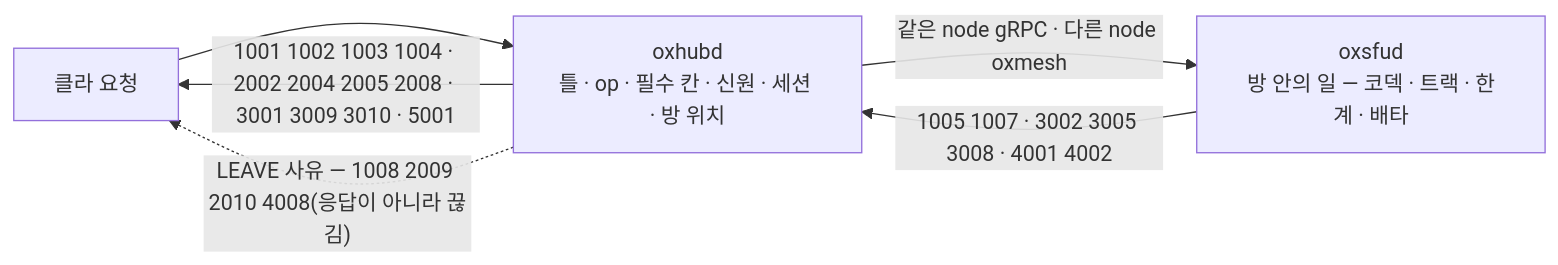
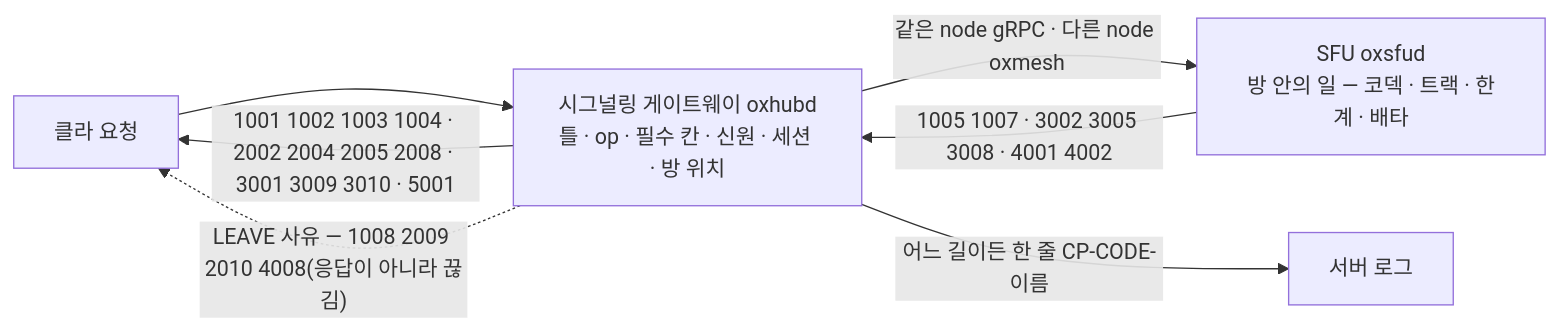
The first of 2 diagrams in docs/learn/12_ERRORS.md (kodeholic9/oxlens-sfu), drawn with Mermaid before and after one commit. The commit also changed other lines of this file and 19 other files, not shown here.

````diff
--- a/docs/learn/12_ERRORS.md
+++ b/docs/learn/12_ERRORS.md
@@ -9,8 +9,9 @@
 ```mermaid
 flowchart LR
-  C["클라 요청"] --> H["oxhubd<br/>틀 · op · 필수 칸 · 신원 · 세션 · 방 위치"]
+  C["클라 요청"] --> H["시그널링 게이트웨이 oxhubd<br/>틀 · op · 필수 칸 · 신원 · 세션 · 방 위치"]
   H -- "1001 1002 1003 1004 · 2002 2004 2005 2008 · 3001 3009 3010 · 5001" --> C
-  H -- "같은 node gRPC · 다른 node oxmesh" --> S["oxsfud<br/>방 안의 일 — 코덱 · 트랙 · 한계 · 배타"]
+  H -- "같은 node gRPC · 다른 node oxmesh" --> S["SFU oxsfud<br/>방 안의 일 — 코덱 · 트랙 · 한계 · 배타"]
   S -- "1005 1007 · 3002 3005 3008 · 4001 4002" --> H
   H -. "LEAVE 사유 — 1008 2009 2010 4008(응답이 아니라 끊김)" .-> C
+  H -- "어느 길이든 한 줄 CP-CODE-이름" --> L["서버 로그"]
 ```
````
